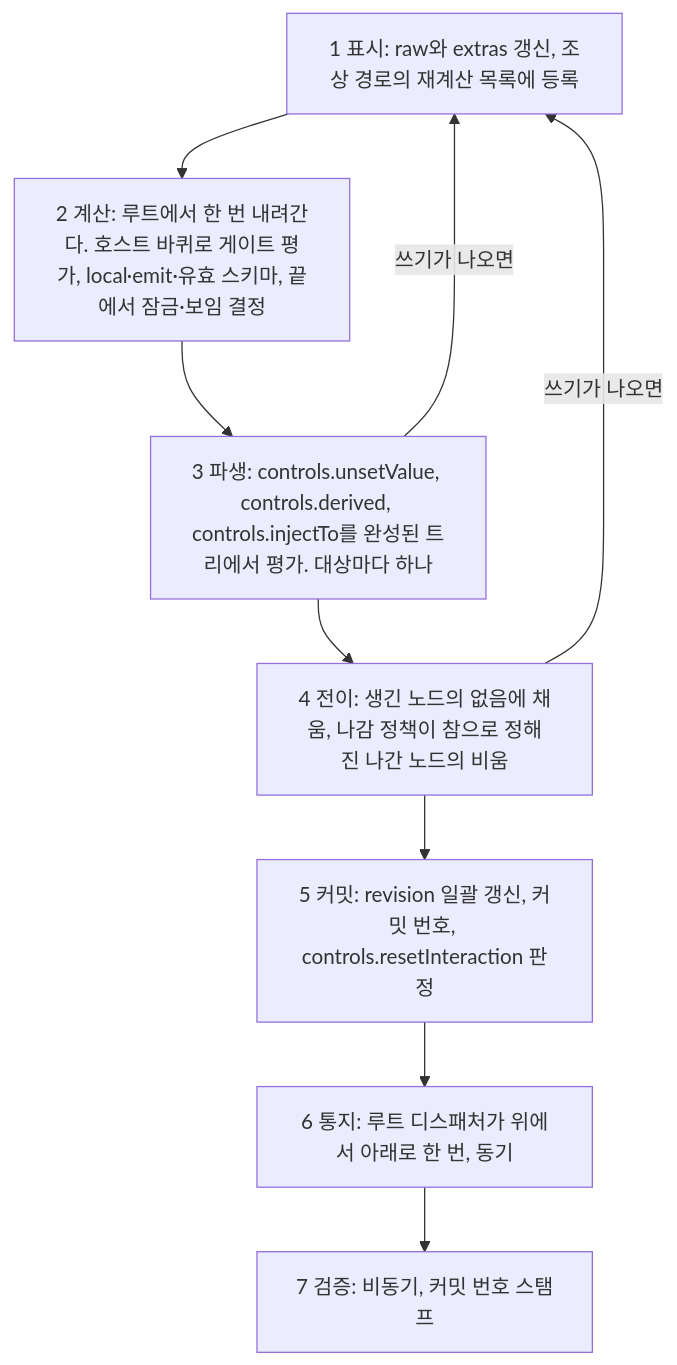
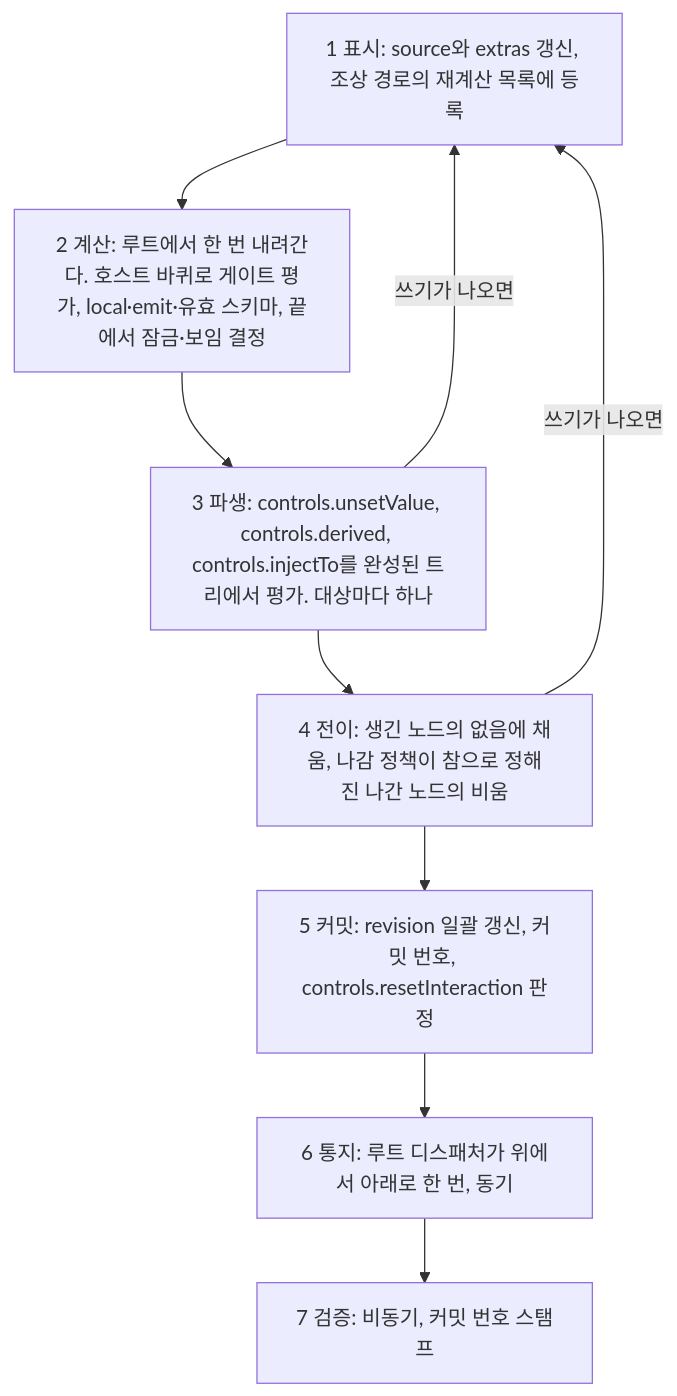
One commit to vincent-kk/albatrion changed the first of 2 diagrams in packages/canard/schema-form/architecture/_archive/2026-09-29/08-design-a-to-z.md. Above: the diagram before and after it, drawn with Mermaid. The commit also changed other lines of this file and 671 other files, not shown here.

````diff
--- a/packages/canard/schema-form/architecture/_archive/2026-09-29/08-design-a-to-z.md
+++ b/packages/canard/schema-form/architecture/_archive/2026-09-29/08-design-a-to-z.md
@@ -225,15 +225,15 @@
 ```mermaid
 flowchart TD
-  markStep["1 표시: raw와 extras 갱신, 조상 경로의 재계산 목록에 등록"]
+  markStep["1 표시: source와 extras 갱신, 조상 경로의 재계산 목록에 등록"]
   computeStep["2 계산: 루트에서 한 번 내려간다. 호스트 바퀴로 게이트 평가, local·emit·유효 스키마, 끝에서 잠금·보임 결정"]
   deriveStep["3 파생: controls.unsetValue, controls.derived, controls.injectTo를 완성된 트리에서 평가. 대상마다 하나"]
   transitionStep["4 전이: 생긴 노드의 없음에 채움, 나감 정책이 참으로 정해진 나간 노드의 비움"]
   commitStep["5 커밋: revision 일괄 갱신, 커밋 번호, controls.resetInteraction 판정"]
   notifyStep["6 통지: 루트 디스패처가 위에서 아래로 한 번, 동기"]
   validateStep["7 검증: 비동기, 커밋 번호 스탬프"]
   markStep --> computeStep --> deriveStep
   deriveStep -->|"쓰기가 나오면"| markStep
   deriveStep --> transitionStep
   transitionStep -->|"쓰기가 나오면"| markStep
   transitionStep --> commitStep --> notifyStep --> validateStep
 ```
````
